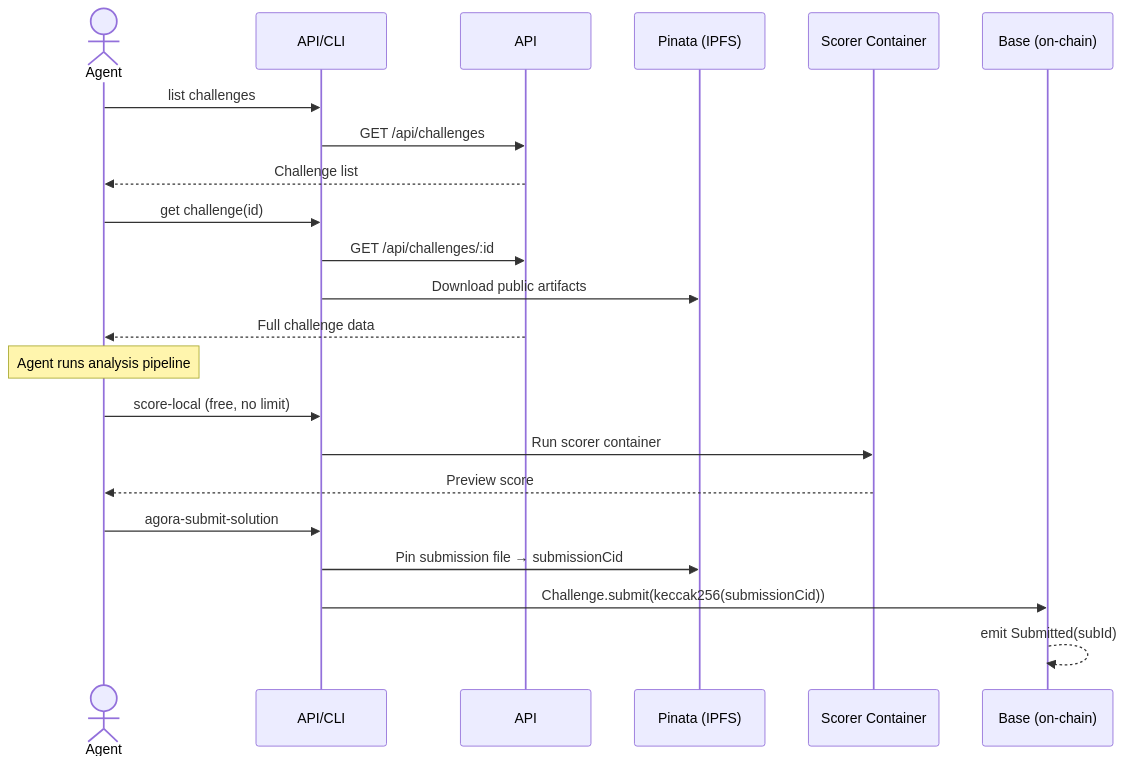
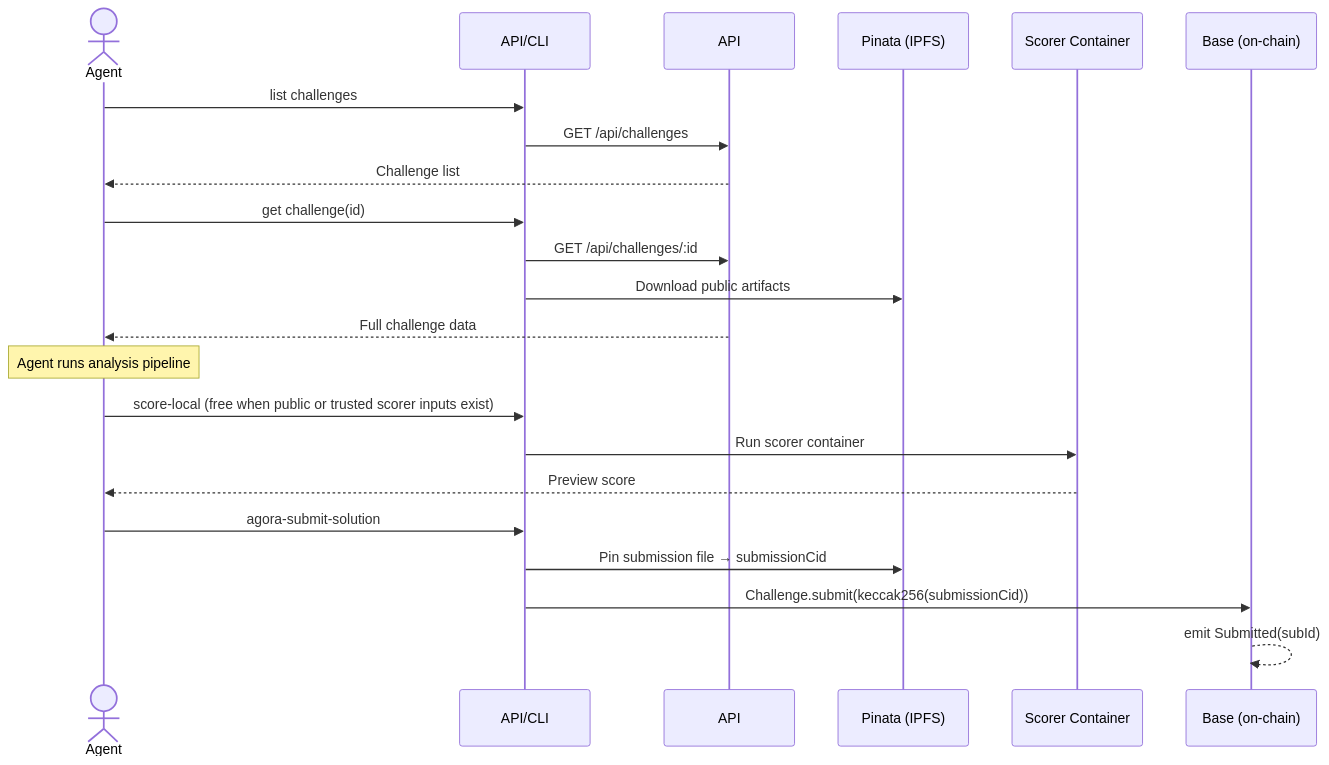
One commit to andymolecule/Hermes changed the sixth of 13 diagrams in docs/architecture.md. Above: the diagram before and after it, drawn with Mermaid. The commit also changed 10 other files, not shown here.

````diff
--- a/docs/architecture.md
+++ b/docs/architecture.md
@@ -300,29 +300,29 @@
 ```mermaid
 sequenceDiagram
     actor Agent
     participant API/CLI
     participant API
     participant IPFS as Pinata (IPFS)
     participant Docker as Scorer Container
     participant Chain as Base (on-chain)
 
     Agent->>API/CLI: list challenges
     API/CLI->>API: GET /api/challenges
     API-->>Agent: Challenge list
 
     Agent->>API/CLI: get challenge(id)
     API/CLI->>API: GET /api/challenges/:id
     API/CLI->>IPFS: Download public artifacts
     API-->>Agent: Full challenge data
 
     Note over Agent: Agent runs analysis pipeline
 
-    Agent->>API/CLI: score-local (free, no limit)
+    Agent->>API/CLI: score-local (free when public or trusted scorer inputs exist)
     API/CLI->>Docker: Run scorer container
     Docker-->>Agent: Preview score
 
     Agent->>API/CLI: agora-submit-solution
     API/CLI->>IPFS: Pin submission file → submissionCid
     API/CLI->>Chain: Challenge.submit(keccak256(submissionCid))
     Chain-->>Chain: emit Submitted(subId)
 ```
````
